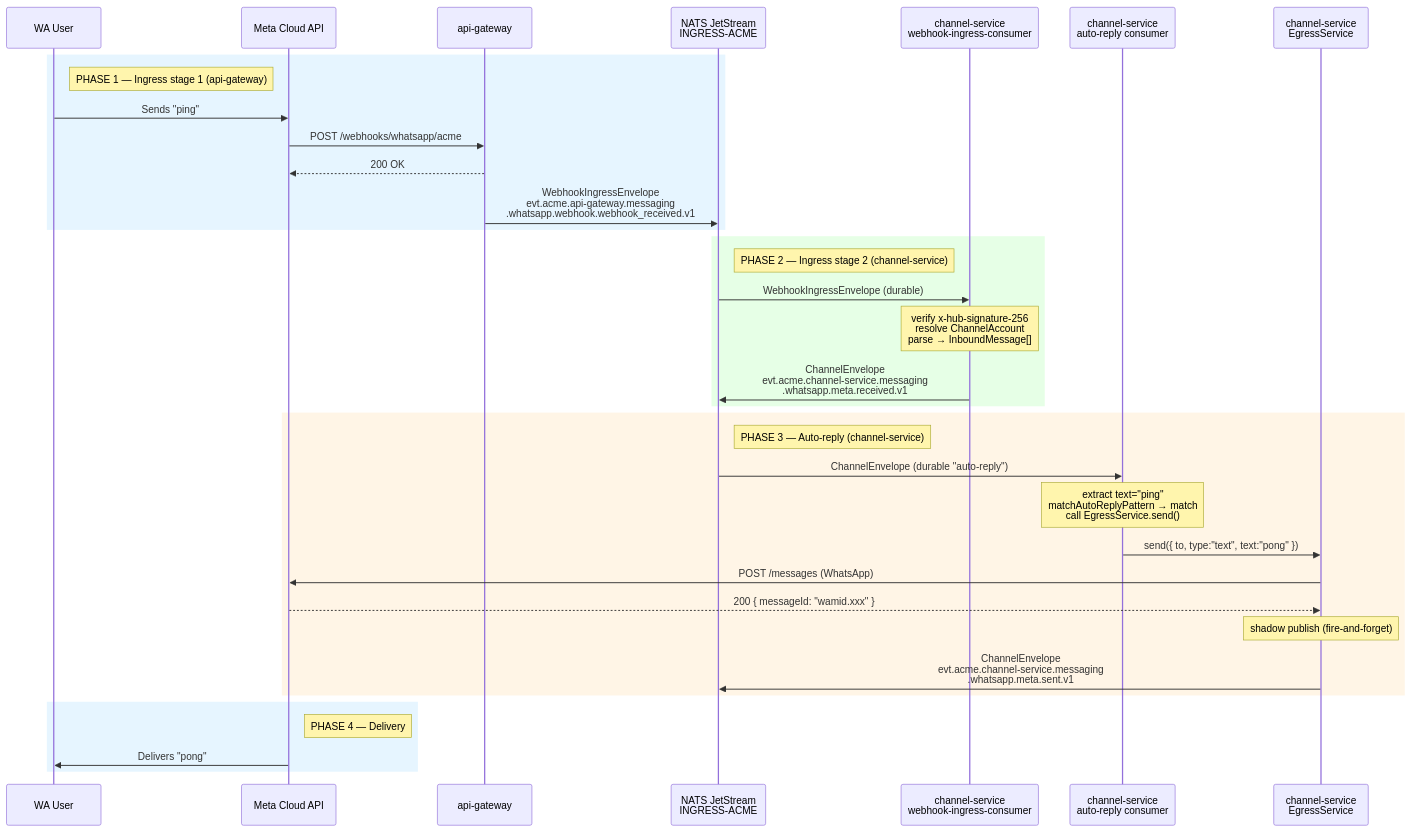
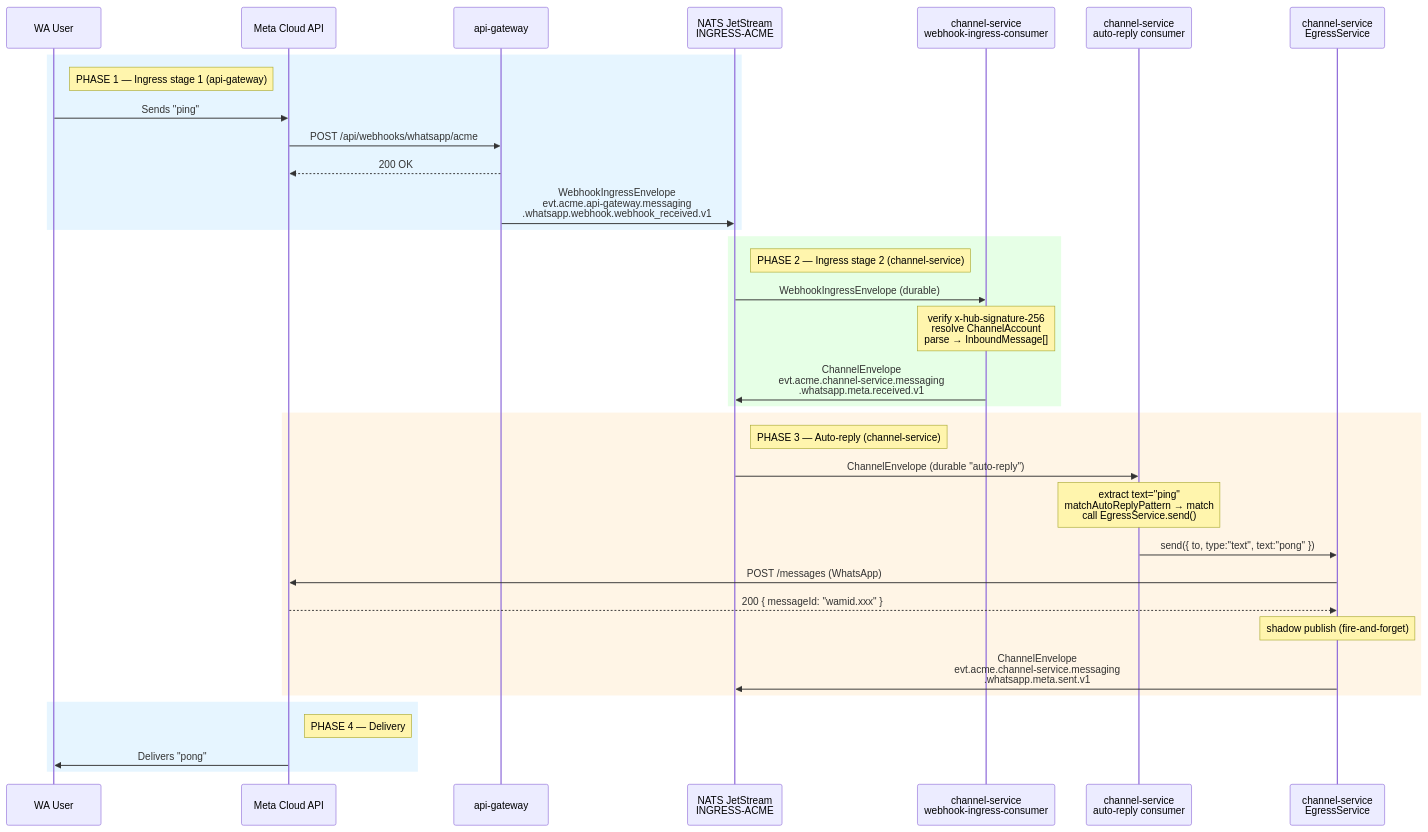
Before and after one commit to ccarnero/colloqui: the fourth of 4 diagrams in DOCS/channels/channel-service.md, drawn with Mermaid. The commit also changed other lines of this file and 88 other files, not shown here.

````diff
--- a/DOCS/channels/channel-service.md
+++ b/DOCS/channels/channel-service.md
@@ -414,41 +418,41 @@
 ```mermaid
 sequenceDiagram
     participant WA as WA User
     participant Meta as Meta Cloud API
     participant GW as api-gateway
     participant JS as NATS JetStream<br/>INGRESS-ACME
     participant CS_WH as channel-service<br/>webhook-ingress-consumer
     participant CS_AR as channel-service<br/>auto-reply consumer
     participant CS_EG as channel-service<br/>EgressService
 
     rect rgb(230, 245, 255)
         Note right of WA: PHASE 1 — Ingress stage 1 (api-gateway)
         WA->>Meta: Sends "ping"
-        Meta->>GW: POST /webhooks/whatsapp/acme
+        Meta->>GW: POST /api/webhooks/whatsapp/acme
         GW-->>Meta: 200 OK
         GW->>JS: WebhookIngressEnvelope<br/>evt.acme.api-gateway.messaging<br/>.whatsapp.webhook.webhook_received.v1
     end
 
     rect rgb(230, 255, 230)
         Note right of JS: PHASE 2 — Ingress stage 2 (channel-service)
         JS->>CS_WH: WebhookIngressEnvelope (durable)
         Note over CS_WH: verify x-hub-signature-256<br/>resolve ChannelAccount<br/>parse → InboundMessage[]
         CS_WH->>JS: ChannelEnvelope<br/>evt.acme.channel-service.messaging<br/>.whatsapp.meta.received.v1
     end
 
     rect rgb(255, 245, 230)
         Note right of JS: PHASE 3 — Auto-reply (channel-service)
         JS->>CS_AR: ChannelEnvelope (durable "auto-reply")
         Note over CS_AR: extract text="ping"<br/>matchAutoReplyPattern → match<br/>call EgressService.send()
         CS_AR->>CS_EG: send({ to, type:"text", text:"pong" })
         CS_EG->>Meta: POST /messages (WhatsApp)
         Meta-->>CS_EG: 200 { messageId: "wamid.xxx" }
         Note over CS_EG: shadow publish (fire-and-forget)
         CS_EG->>JS: ChannelEnvelope<br/>evt.acme.channel-service.messaging<br/>.whatsapp.meta.sent.v1
     end
 
     rect rgb(230, 245, 255)
         Note right of Meta: PHASE 4 — Delivery
         Meta->>WA: Delivers "pong"
     end
 ```
````
